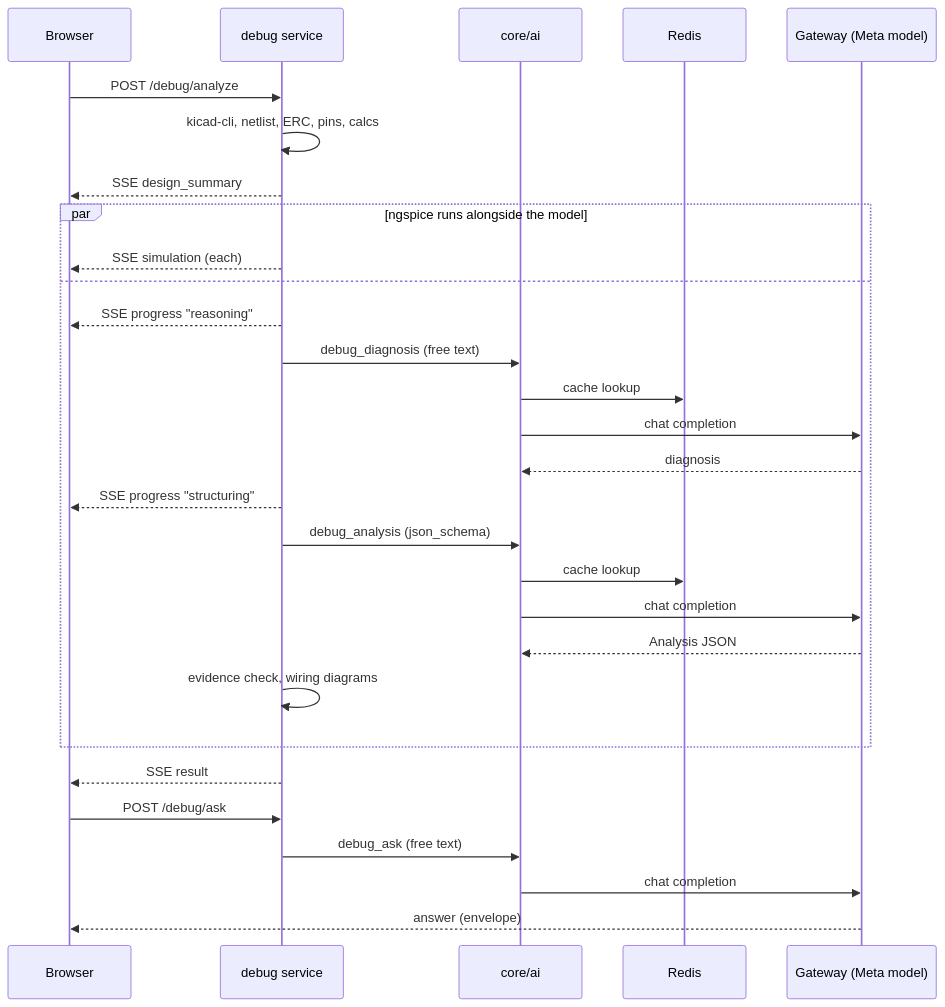
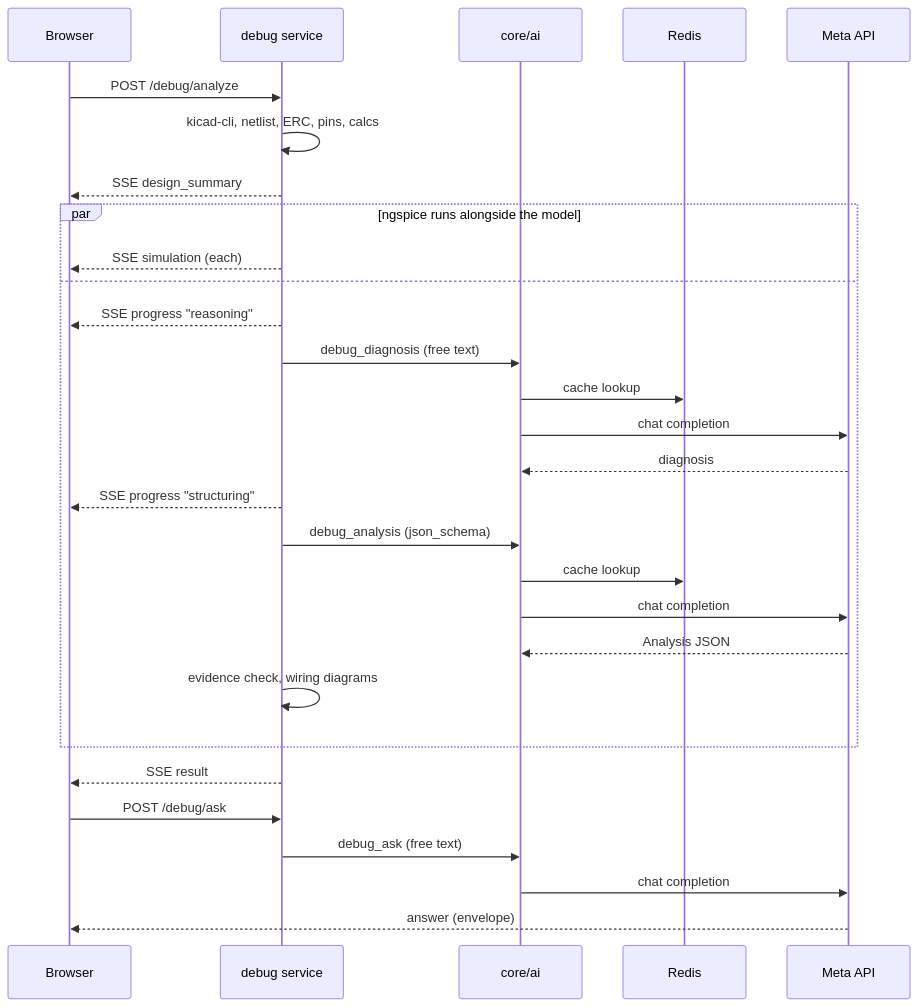
Before and after one commit to bjorndspark/haxrok: the diagram in README.md, drawn with Mermaid. The commit also changed other lines of this file and 10 other files, not shown here.

First line of the commit message:
chore(ai): default to Meta's API instead of the Bifrost gateway

````diff
--- a/README.md
+++ b/README.md
@@ -107,33 +106,33 @@
 ```mermaid
 sequenceDiagram
     participant B as Browser
     participant S as debug service
     participant AI as core/ai
     participant R as Redis
-    participant G as Gateway (Meta model)
+    participant G as Meta API
 
     B->>S: POST /debug/analyze
     S->>S: kicad-cli, netlist, ERC, pins, calcs
     S-->>B: SSE design_summary
     par ngspice runs alongside the model
         S-->>B: SSE simulation (each)
     and
         S-->>B: SSE progress "reasoning"
         S->>AI: debug_diagnosis (free text)
         AI->>R: cache lookup
         AI->>G: chat completion
         G-->>AI: diagnosis
         S-->>B: SSE progress "structuring"
         S->>AI: debug_analysis (json_schema)
         AI->>R: cache lookup
         AI->>G: chat completion
         G-->>AI: Analysis JSON
         S->>S: evidence check, wiring diagrams
     end
     S-->>B: SSE result
 
     B->>S: POST /debug/ask
     S->>AI: debug_ask (free text)
     AI->>G: chat completion
     G-->>B: answer (envelope)
 ```
````
